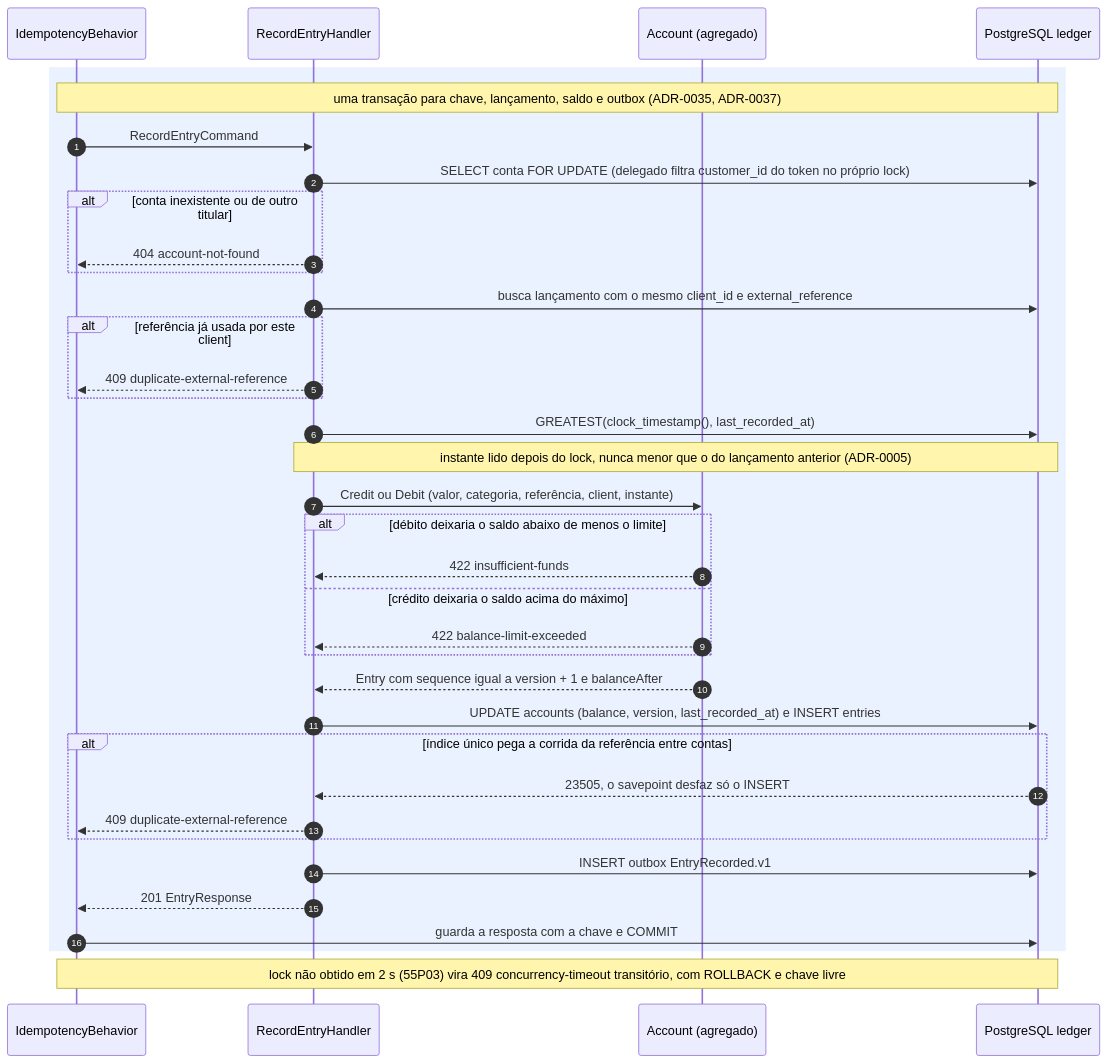
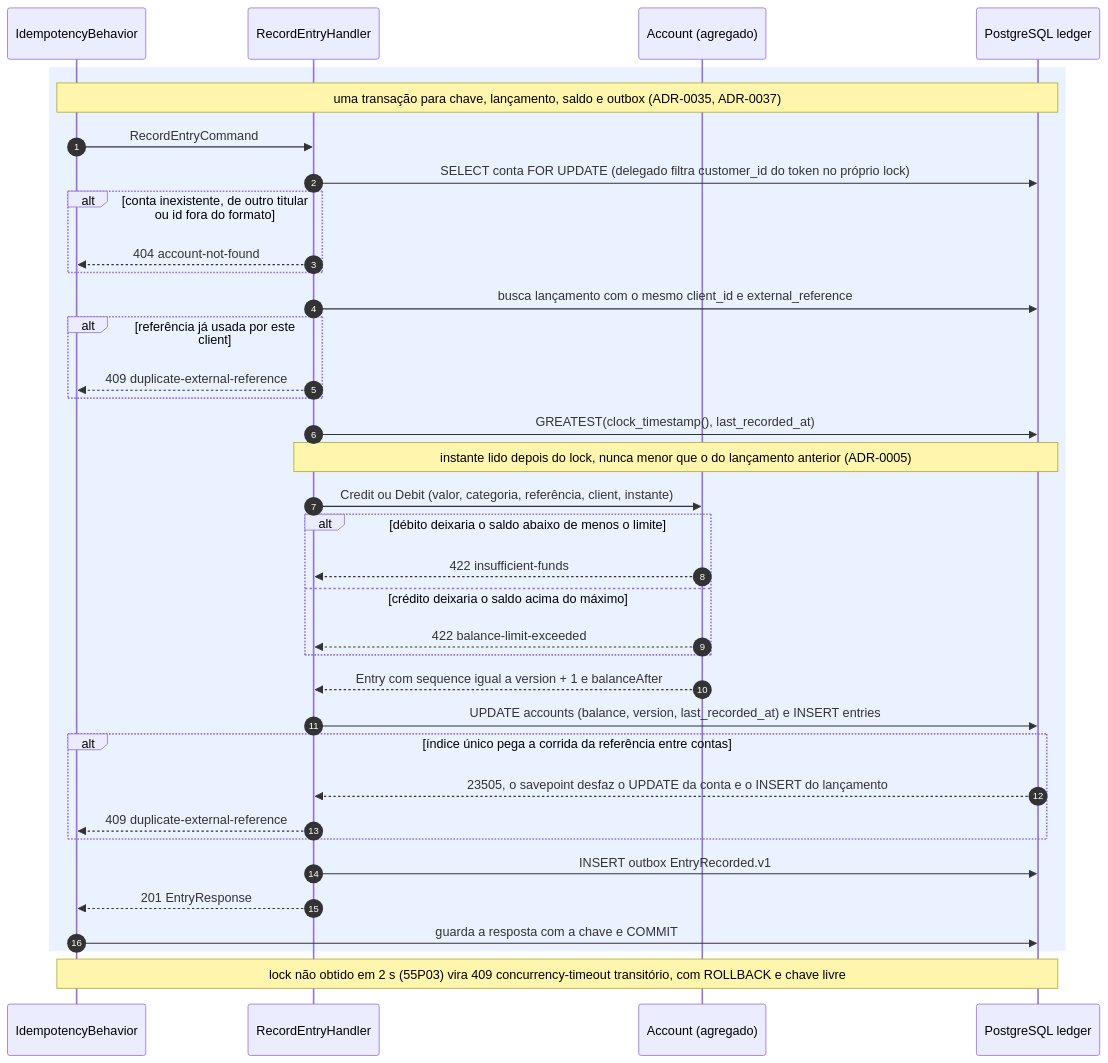
Before and after one commit to arthuurw/desafio-arquiteto-keyrus: the first of 7 diagrams in docs/arquitetura/fluxos-ledger.md, drawn with Mermaid. The commit also changed other lines of this file and 3 other files, not shown here.

First line of the commit message:
docs(fluxos): match the flow diagrams to the code at HEAD

````diff
--- a/docs/arquitetura/fluxos-ledger.md
+++ b/docs/arquitetura/fluxos-ledger.md
@@ -13,39 +13,39 @@
 ```mermaid
 sequenceDiagram
   autonumber
   participant B as IdempotencyBehavior
   participant H as RecordEntryHandler
   participant A as Account (agregado)
   participant DB as PostgreSQL ledger
 
   rect rgba(80, 140, 255, 0.12)
     Note over B,DB: uma transação para chave, lançamento, saldo e outbox (ADR-0035, ADR-0037)
     B->>H: RecordEntryCommand
     H->>DB: SELECT conta FOR UPDATE (delegado filtra customer_id do token no próprio lock)
-    alt conta inexistente ou de outro titular
+    alt conta inexistente, de outro titular ou id fora do formato
       H-->>B: 404 account-not-found
     end
     H->>DB: busca lançamento com o mesmo client_id e external_reference
     alt referência já usada por este client
       H-->>B: 409 duplicate-external-reference
     end
     H->>DB: GREATEST(clock_timestamp(), last_recorded_at)
     Note over H,DB: instante lido depois do lock, nunca menor que o do lançamento anterior (ADR-0005)
     H->>A: Credit ou Debit (valor, categoria, referência, client, instante)
     alt débito deixaria o saldo abaixo de menos o limite
       A-->>H: 422 insufficient-funds
     else crédito deixaria o saldo acima do máximo
       A-->>H: 422 balance-limit-exceeded
     end
     A-->>H: Entry com sequence igual a version + 1 e balanceAfter
     H->>DB: UPDATE accounts (balance, version, last_recorded_at) e INSERT entries
     alt índice único pega a corrida da referência entre contas
-      DB-->>H: 23505, o savepoint desfaz só o INSERT
+      DB-->>H: 23505, o savepoint desfaz o UPDATE da conta e o INSERT do lançamento
       H-->>B: 409 duplicate-external-reference
     end
     H->>DB: INSERT outbox EntryRecorded.v1
     H-->>B: 201 EntryResponse
     B->>DB: guarda a resposta com a chave e COMMIT
   end
   Note over B,DB: lock não obtido em 2 s (55P03) vira 409 concurrency-timeout transitório, com ROLLBACK e chave livre
 ```
````
